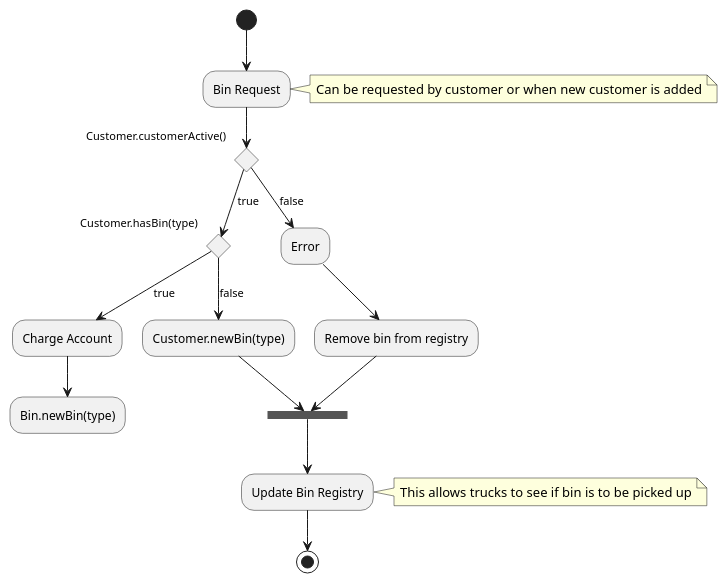
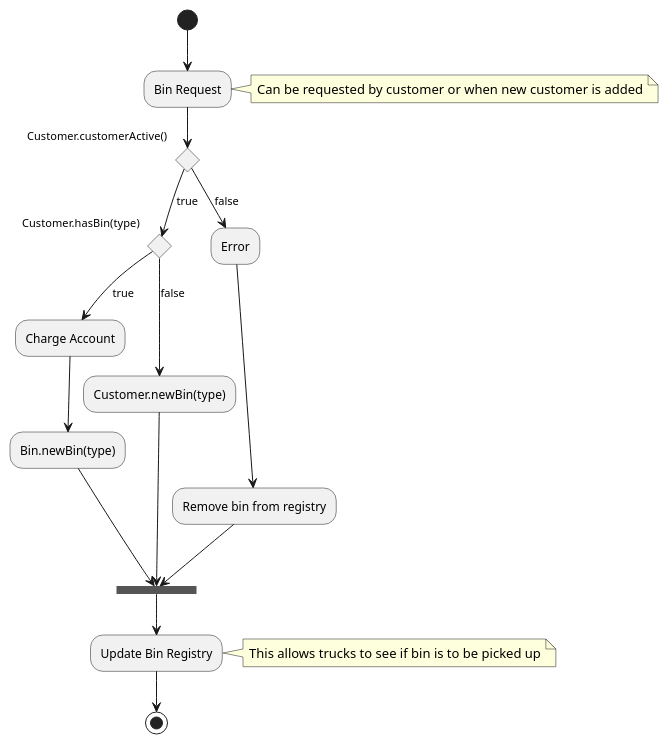
One commit to tedski999/CSU22041-InformationManagement-Group8 changed the diagram in binActivity.wsd. Above: the diagram before and after it, drawn with PlantUML.

Commit message:
fixed bin activity

```diff
--- a/binActivity.wsd
+++ b/binActivity.wsd
@@ -1,24 +1,25 @@
 @startuml
 
 (*) --> "Bin Request"
 note right: Can be requested by customer or when new customer is added
 
 if "Customer.customerActive()" then 
     -->[true] If "Customer.hasBin(type)"
         -->[true] "Charge Account"
         --> "Bin.newBin(type)"
+        ---> ==s1==
     else
         -->[false] "Customer.newBin(type)"
     EndIf
     --> ==s1==
 else 
     -->[false] "Error"
     --> "Remove bin from registry"
     --> ==s1==
 endif
 
 
 --> "Update Bin Registry"
 note right: This allows trucks to see if bin is to be picked up
 --> (*)
 @enduml
```
